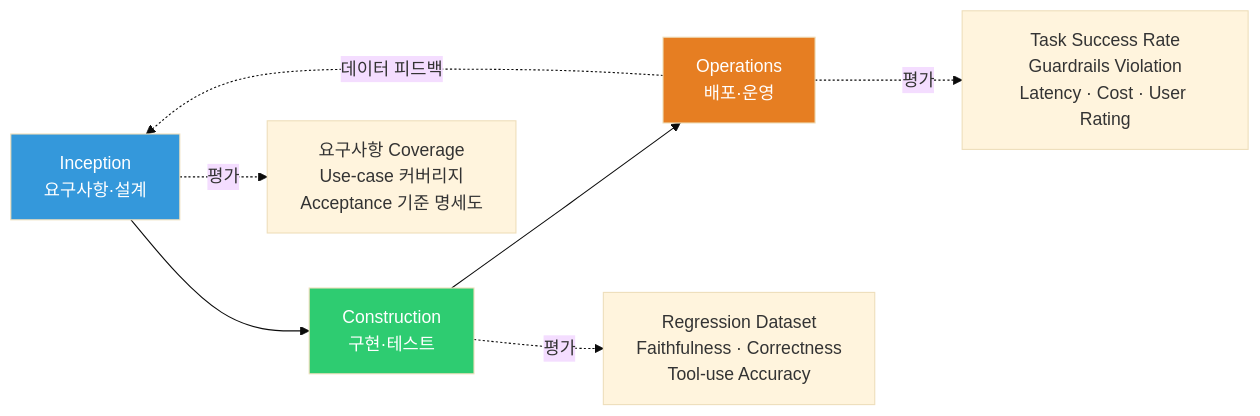
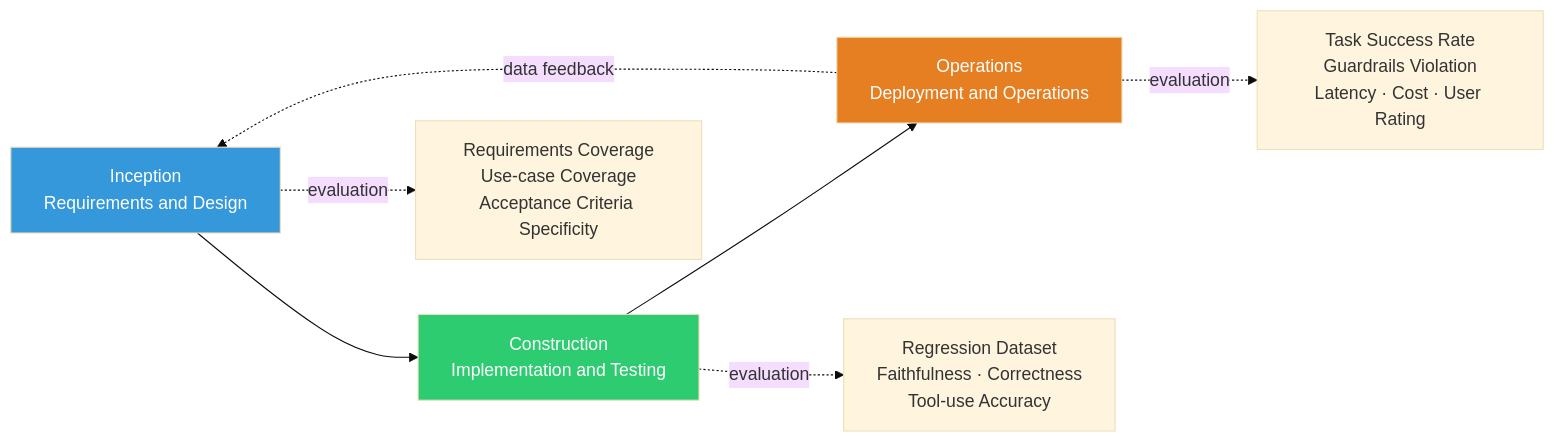
The second of 3 diagrams in docs/aidlc/toolchain/evaluation-framework.md (devfloor9/engineering-playbook), drawn with Mermaid (base theme) before and after one commit. The commit also changed other lines of this file and 954 other files, not shown here.

````diff
--- a/docs/aidlc/toolchain/evaluation-framework.md
+++ b/docs/aidlc/toolchain/evaluation-framework.md
@@ -297,14 +297,14 @@
 ```mermaid
 flowchart LR
-    INC[Inception<br/>요구사항·설계] --> CON[Construction<br/>구현·테스트]
-    CON --> OPS[Operations<br/>배포·운영]
-    OPS -. 데이터 피드백 .-> INC
+    INC[Inception<br/>Requirements and Design] --> CON[Construction<br/>Implementation and Testing]
+    CON --> OPS[Operations<br/>Deployment and Operations]
+    OPS -. data feedback .-> INC
 
-    INC -. 평가 .-> E1[요구사항 Coverage<br/>Use-case 커버리지<br/>Acceptance 기준 명세도]
-    CON -. 평가 .-> E2[Regression Dataset<br/>Faithfulness · Correctness<br/>Tool-use Accuracy]
-    OPS -. 평가 .-> E3[Task Success Rate<br/>Guardrails Violation<br/>Latency · Cost · User Rating]
+    INC -. evaluation .-> E1[Requirements Coverage<br/>Use-case Coverage<br/>Acceptance Criteria Specificity]
+    CON -. evaluation .-> E2[Regression Dataset<br/>Faithfulness · Correctness<br/>Tool-use Accuracy]
+    OPS -. evaluation .-> E3[Task Success Rate<br/>Guardrails Violation<br/>Latency · Cost · User Rating]
 
     style INC fill:#3498db,color:#fff
     style CON fill:#2ecc71,color:#fff
     style OPS fill:#e67e22,color:#fff
 ```
````
